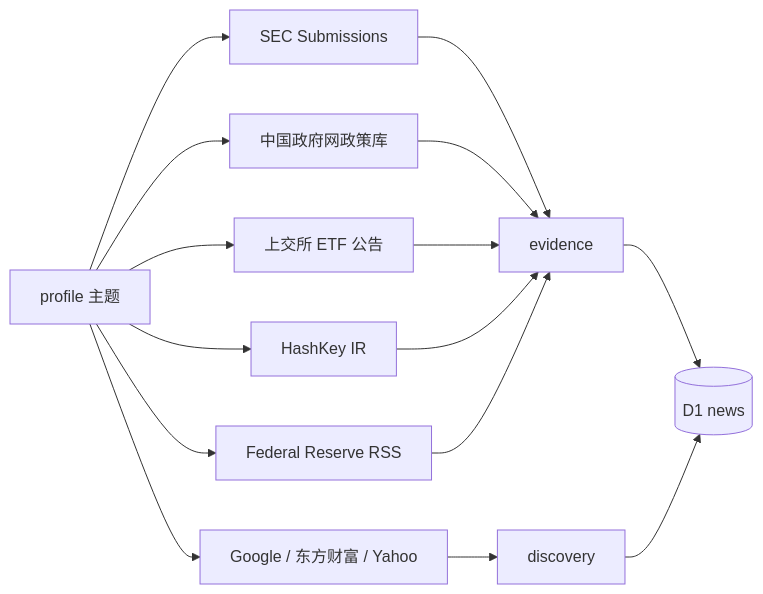
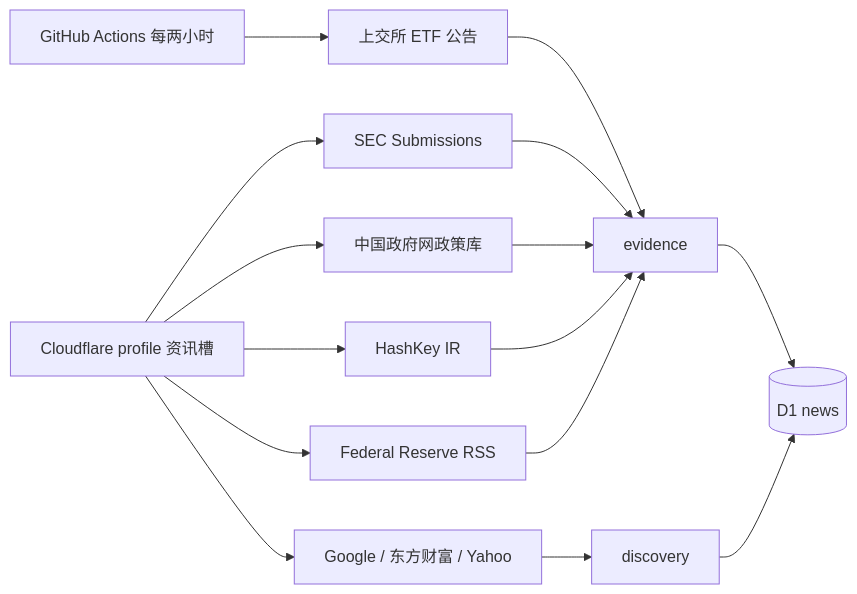
Before and after one commit to gaaiyun/TradingWorkbench: the sixth of 8 diagrams in docs/architecture-and-data-flows.md, drawn with Mermaid. The commit also changed other lines of this file and 4 other files, not shown here.

````diff
--- a/docs/architecture-and-data-flows.md
+++ b/docs/architecture-and-data-flows.md
@@ -218,17 +218,17 @@
 ```mermaid
 flowchart LR
-    Q["profile 主题"] --> SEC["SEC Submissions"]
+    Q["Cloudflare profile 资讯槽"] --> SEC["SEC Submissions"]
     Q --> GOV["中国政府网政策库"]
-    Q --> SSE["上交所 ETF 公告"]
     Q --> IR["HashKey IR"]
     Q --> FED["Federal Reserve RSS"]
     Q --> DISC["Google / 东方财富 / Yahoo"]
+    A["GitHub Actions 每两小时"] --> SSE["上交所 ETF 公告"]
     SEC --> E["evidence"]
     GOV --> E
     SSE --> E
     IR --> E
     FED --> E
     DISC --> D["discovery"]
     E --> DB[("D1 news")]
     D --> DB
 ```
````
